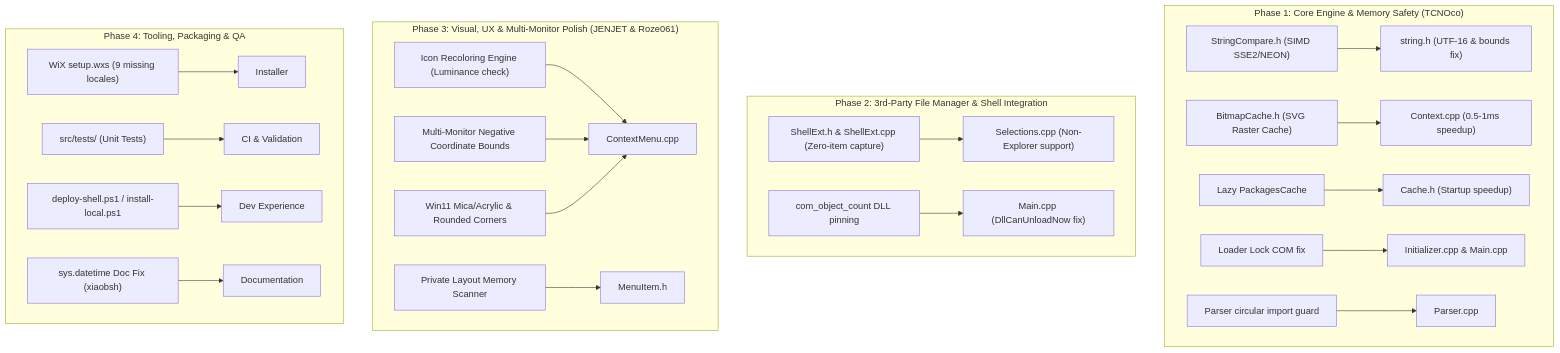
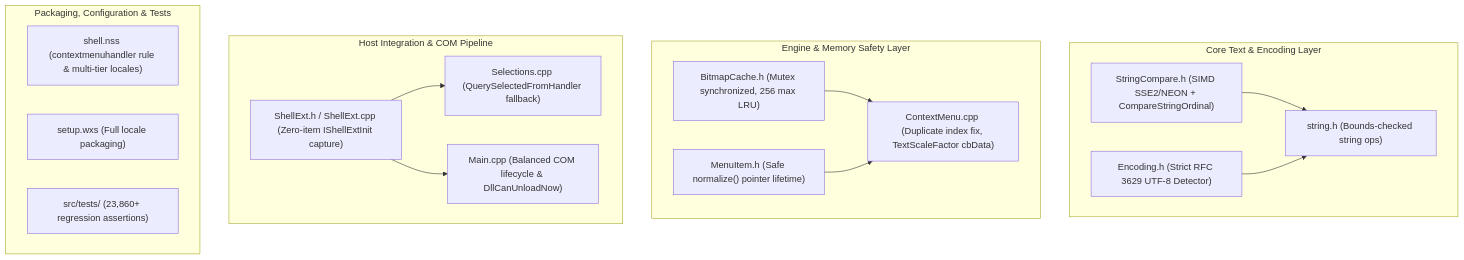
One commit to opj161/Shell changed the diagram in IMPLEMENTATION_PLAN.md. Above: the diagram before and after it, drawn with Mermaid. The commit also changed other lines of this file and 16 other files, not shown here.

Commit message:
Enhance revitalization: strict RFC 3629 UTF-8 validation, hybrid Win32 CompareStringOrdinal Unicode folding, synchronized & bounded BitmapCache, COM lifetime hardening, MenuItem title and duplicate replacement fixes, and expanded test suite

````diff
--- a/IMPLEMENTATION_PLAN.md
+++ b/IMPLEMENTATION_PLAN.md
@@ -15,29 +32,32 @@
 ```mermaid
 graph TD
-    subgraph "Phase 1: Core Engine & Memory Safety (TCNOco)"
-        A1["StringCompare.h (SIMD SSE2/NEON)"] --> S["string.h (UTF-16 & bounds fix)"]
-        A2["BitmapCache.h (SVG Raster Cache)"] --> C["Context.cpp (0.5-1ms speedup)"]
-        A3["Lazy PackagesCache"] --> PKG["Cache.h (Startup speedup)"]
-        A4["Loader Lock COM fix"] --> INI["Initializer.cpp & Main.cpp"]
-        A5["Parser circular import guard"] --> PRS["Parser.cpp"]
+    subgraph "Core Text & Encoding Layer"
+        SC["StringCompare.h (SIMD SSE2/NEON + CompareStringOrdinal)"]
+        ENC["Encoding.h (Strict RFC 3629 UTF-8 Detector)"]
+        STR["string.h (Bounds-checked string ops)"]
+        SC --> STR
+        ENC --> STR
     end
 
-    subgraph "Phase 2: 3rd-Party File Manager & Shell Integration"
-        B1["ShellExt.h & ShellExt.cpp (Zero-item capture)"] --> SEL["Selections.cpp (Non-Explorer support)"]
-        B2["com_object_count DLL pinning"] --> DLL["Main.cpp (DllCanUnloadNow fix)"]
+    subgraph "Engine & Memory Safety Layer"
+        BC["BitmapCache.h (Mutex synchronized, 256 max LRU)"]
+        MI["MenuItem.h (Safe normalize() pointer lifetime)"]
+        CM["ContextMenu.cpp (Duplicate index fix, TextScaleFactor cbData)"]
+        BC --> CM
+        MI --> CM
     end
 
-    subgraph "Phase 3: Visual, UX & Multi-Monitor Polish (JENJET & Roze061)"
-        C1["Icon Recoloring Engine (Luminance check)"] --> CTX["ContextMenu.cpp"]
-        C2["Private Layout Memory Scanner"] --> MI["MenuItem.h"]
-        C3["Multi-Monitor Negative Coordinate Bounds"] --> CTX
-        C4["Win11 Mica/Acrylic & Rounded Corners"] --> CTX
+    subgraph "Host Integration & COM Pipeline"
+        SE["ShellExt.h / ShellExt.cpp (Zero-item IShellExtInit capture)"]
+        SEL["Selections.cpp (QuerySelectedFromHandler fallback)"]
+        MN["Main.cpp (Balanced COM lifecycle & DllCanUnloadNow)"]
+        SE --> SEL
+        SE --> MN
     end
 
-    subgraph "Phase 4: Tooling, Packaging & QA"
-        D1["WiX setup.wxs (9 missing locales)"] --> WIX["Installer"]
-        D2["src/tests/ (Unit Tests)"] --> TST["CI & Validation"]
-        D3["deploy-shell.ps1 / install-local.ps1"] --> DEV["Dev Experience"]
-        D4["sys.datetime Doc Fix (xiaobsh)"] --> DOC["Documentation"]
+    subgraph "Packaging, Configuration & Tests"
+        NSS["shell.nss (contextmenuhandler rule & multi-tier locales)"]
+        WIX["setup.wxs (Full locale packaging)"]
+        TST["src/tests/ (23,860+ regression assertions)"]
     end
 ```
````
